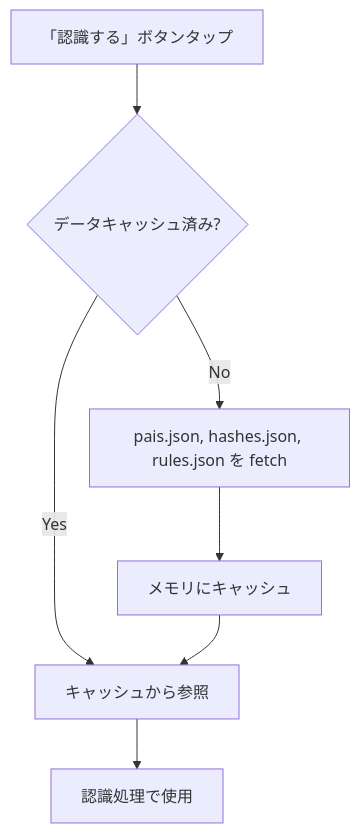
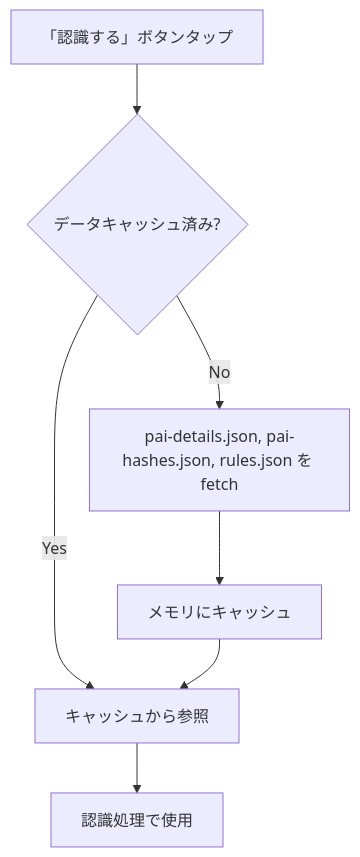
Before and after one commit to shokkunrf/nanjara: the tenth of 10 diagrams in docs/design/pie-recognition/dataflow.md, drawn with Mermaid. The commit also changed other lines of this file and 21 other files, not shown here.

````diff
--- a/docs/design/pie-recognition/dataflow.md
+++ b/docs/design/pie-recognition/dataflow.md
@@ -295,9 +331,9 @@
 ```mermaid
 flowchart TD
     A[「認識する」ボタンタップ] --> B{データキャッシュ済み?}
     B -->|Yes| E[キャッシュから参照]
-    B -->|No| C[pais.json, hashes.json, rules.json を fetch]
+    B -->|No| C[pai-details.json, pai-hashes.json, rules.json を fetch]
     C --> D[メモリにキャッシュ]
     D --> E
     E --> F[認識処理で使用]
 ```
````
